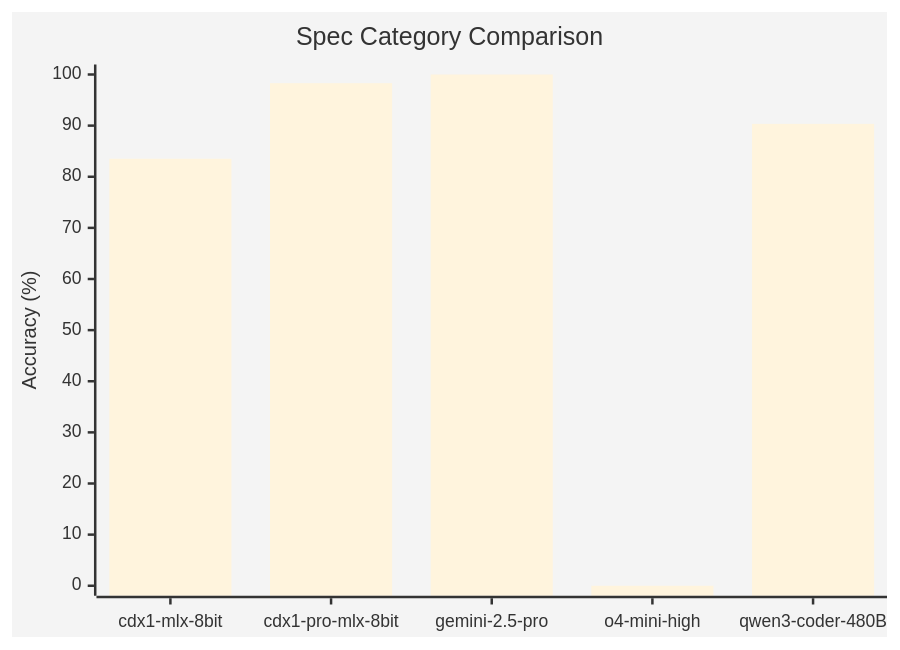
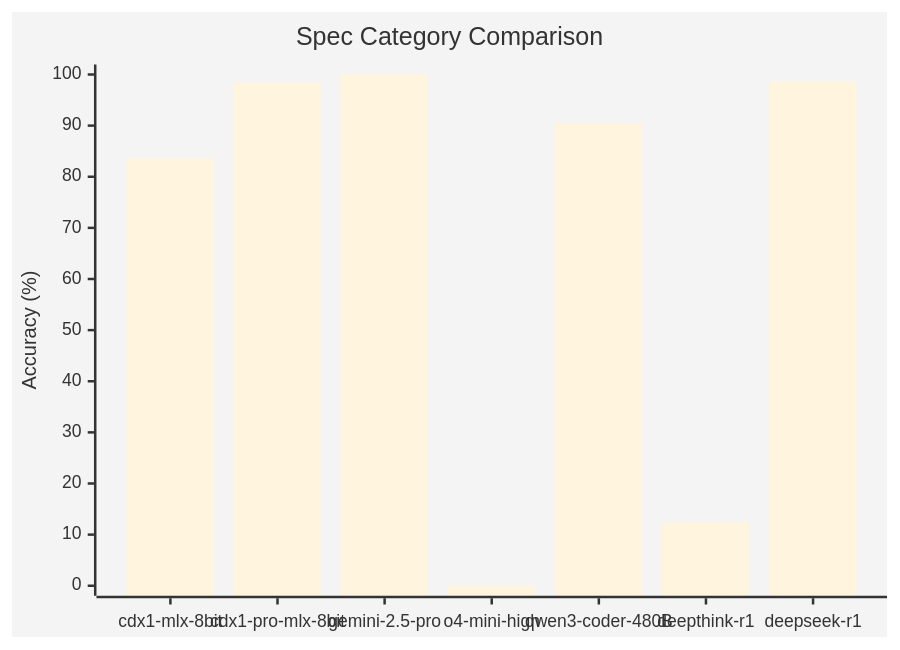
Before and after one commit to CycloneDX/cdxgen: the second of 2 diagrams in contrib/xBOMEval/results/README.md, drawn with Mermaid. The commit also changed other lines of this file and 6 other files, not shown here.

````diff
--- a/contrib/xBOMEval/results/README.md
+++ b/contrib/xBOMEval/results/README.md
@@ -20,8 +20,8 @@
 ```mermaid
 %%{init: {'theme': 'base'}}%%
 xychart-beta
     title "Spec Category Comparison"
-    x-axis [cdx1-mlx-8bit, cdx1-pro-mlx-8bit, gemini-2.5-pro, o4-mini-high, qwen3-coder-480B]
+    x-axis [cdx1-mlx-8bit, cdx1-pro-mlx-8bit, gemini-2.5-pro, o4-mini-high, qwen3-coder-480B, deepthink-r1, deepseek-r1]
     y-axis "Accuracy (%)" 0 --> 100
-    bar [83.52, 98.3, 100, 0, 90.34]
+    bar [83.52, 98.3, 100, 0, 90.34, 12.36, 98.58]
 ```
````
